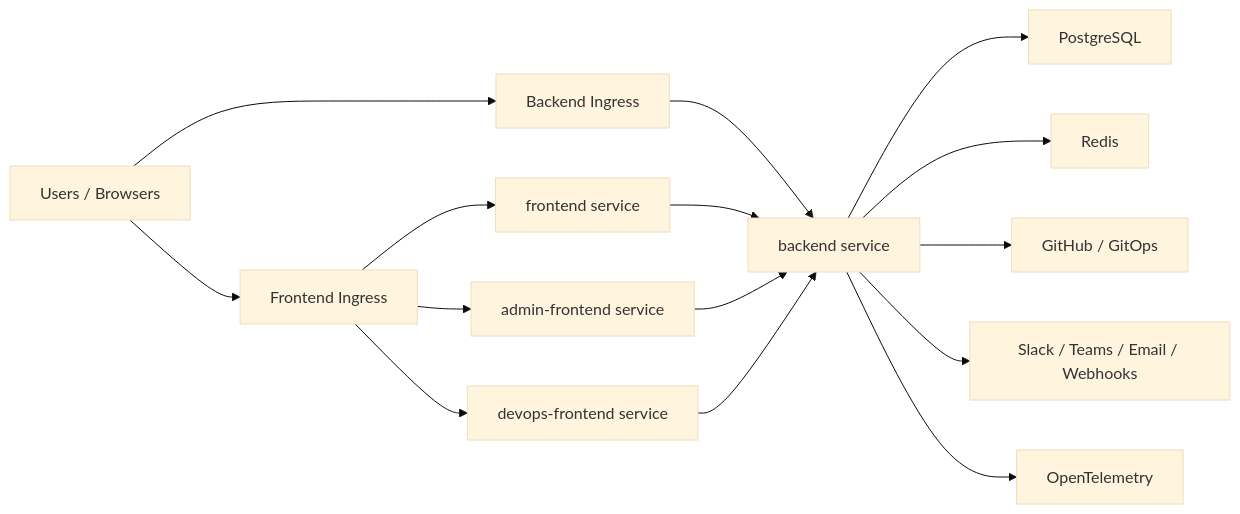
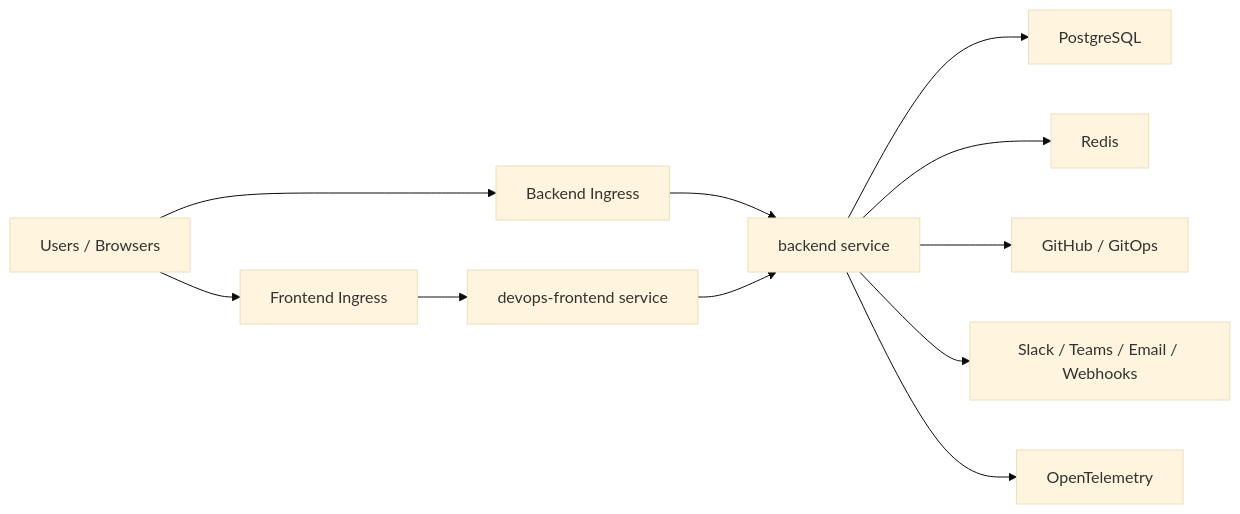
Before and after one commit to shashank3656/devops_project: the third of 4 diagrams in docs/ARCHITECTURE.md, drawn with Mermaid (base theme). The commit also changed other lines of this file and 11 other files, not shown here.

````diff
--- a/docs/ARCHITECTURE.md
+++ b/docs/ARCHITECTURE.md
@@ -91,21 +85,17 @@
 ```mermaid
 flowchart LR
     Internet["Users / Browsers"] --> FrontIngress["Frontend Ingress"]
     Internet --> ApiIngress["Backend Ingress"]
 
-    FrontIngress --> UserSvc["frontend service"]
-    FrontIngress --> AdminSvc["admin-frontend service"]
     FrontIngress --> DevOpsSvc["devops-frontend service"]
 
     ApiIngress --> ApiSvc["backend service"]
 
-    UserSvc --> ApiSvc
-    AdminSvc --> ApiSvc
     DevOpsSvc --> ApiSvc
 
     ApiSvc --> DB["PostgreSQL"]
     ApiSvc --> Redis["Redis"]
     ApiSvc --> GitHub["GitHub / GitOps"]
     ApiSvc --> Notify["Slack / Teams / Email / Webhooks"]
     ApiSvc --> OTel["OpenTelemetry"]
 ```
````
